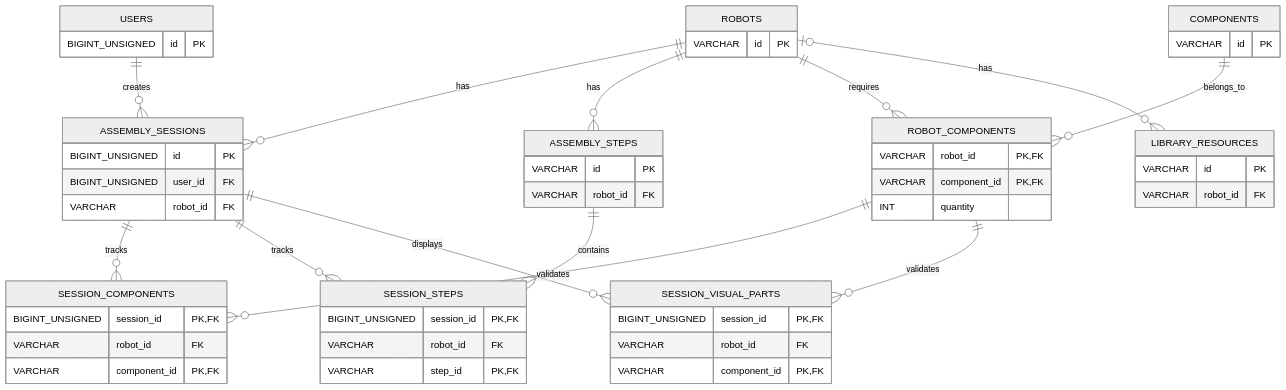
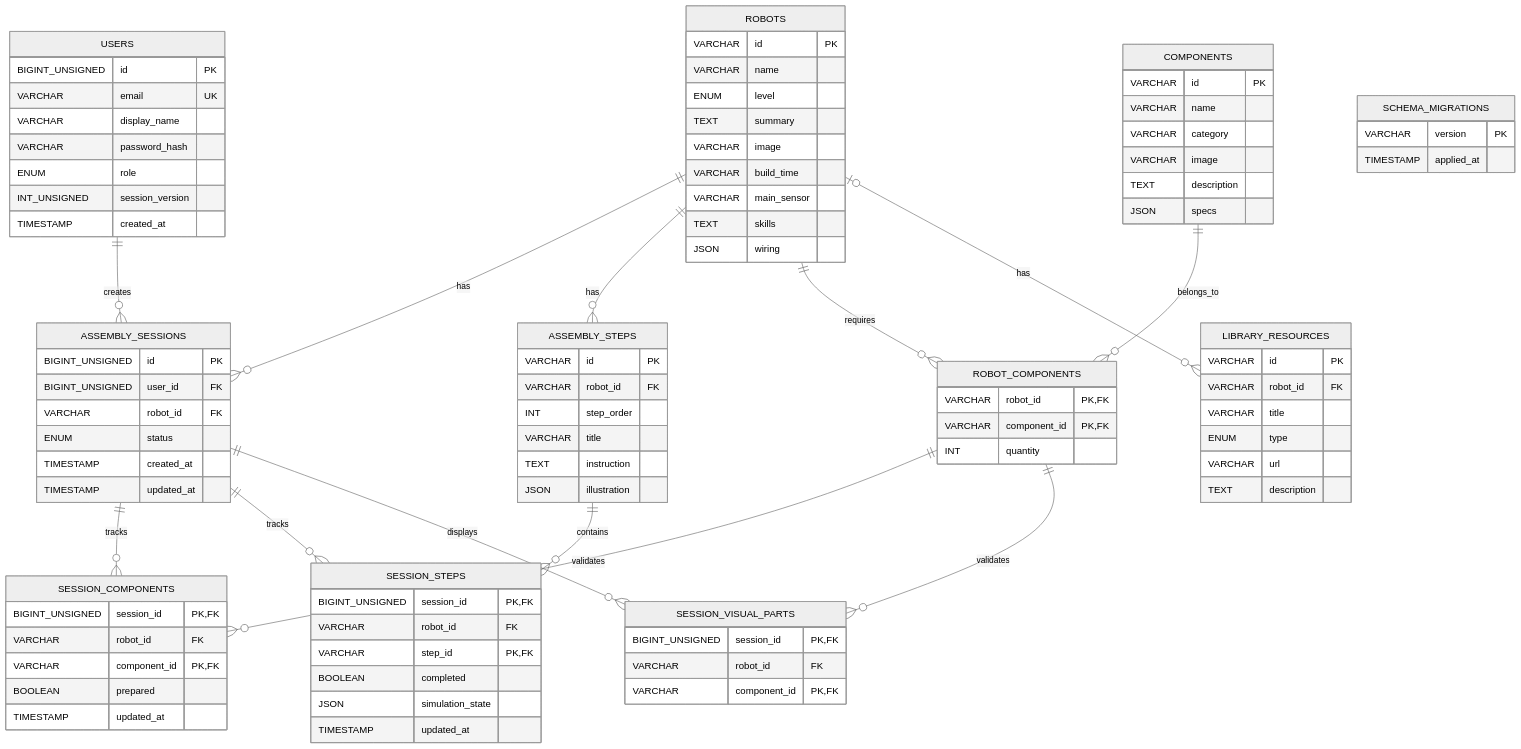
The diagram in docs/erd.md (franz08hmt/Web_Pro), drawn with Mermaid (neutral theme) before and after one commit. The commit also changed other lines of this file and 11 other files, not shown here.

```diff
--- a/docs/erd.md
+++ b/docs/erd.md
@@ -5,14 +5,33 @@
 
     USERS {
         BIGINT_UNSIGNED id PK
+        VARCHAR email UK
+        VARCHAR display_name
+        VARCHAR password_hash
+        ENUM role
+        INT_UNSIGNED session_version
+        TIMESTAMP created_at
     }
 
     ROBOTS {
         VARCHAR id PK
+        VARCHAR name
+        ENUM level
+        TEXT summary
+        VARCHAR image
+        VARCHAR build_time
+        VARCHAR main_sensor
+        TEXT skills
+        JSON wiring
     }
 
     COMPONENTS {
         VARCHAR id PK
+        VARCHAR name
+        VARCHAR category
+        VARCHAR image
+        TEXT description
+        JSON specs
     }
 
     ROBOT_COMPONENTS {
@@ -24,24 +43,36 @@
     ASSEMBLY_STEPS {
         VARCHAR id PK
         VARCHAR robot_id FK
+        INT step_order
+        VARCHAR title
+        TEXT instruction
+        JSON illustration
     }
 
     ASSEMBLY_SESSIONS {
         BIGINT_UNSIGNED id PK
         BIGINT_UNSIGNED user_id FK
         VARCHAR robot_id FK
+        ENUM status
+        TIMESTAMP created_at
+        TIMESTAMP updated_at
     }
 
     SESSION_COMPONENTS {
         BIGINT_UNSIGNED session_id PK, FK
         VARCHAR robot_id FK
         VARCHAR component_id PK, FK
+        BOOLEAN prepared
+        TIMESTAMP updated_at
     }
 
     SESSION_STEPS {
         BIGINT_UNSIGNED session_id PK, FK
         VARCHAR robot_id FK
         VARCHAR step_id PK, FK
+        BOOLEAN completed
+        JSON simulation_state
+        TIMESTAMP updated_at
     }
 
     SESSION_VISUAL_PARTS {
@@ -53,6 +84,15 @@
     LIBRARY_RESOURCES {
         VARCHAR id PK
         VARCHAR robot_id FK
+        VARCHAR title
+        ENUM type
+        VARCHAR url
+        TEXT description
+    }
+
+    SCHEMA_MIGRATIONS {
+        VARCHAR version PK
+        TIMESTAMP applied_at
     }
 
     USERS ||--o{ ASSEMBLY_SESSIONS : creates
```
